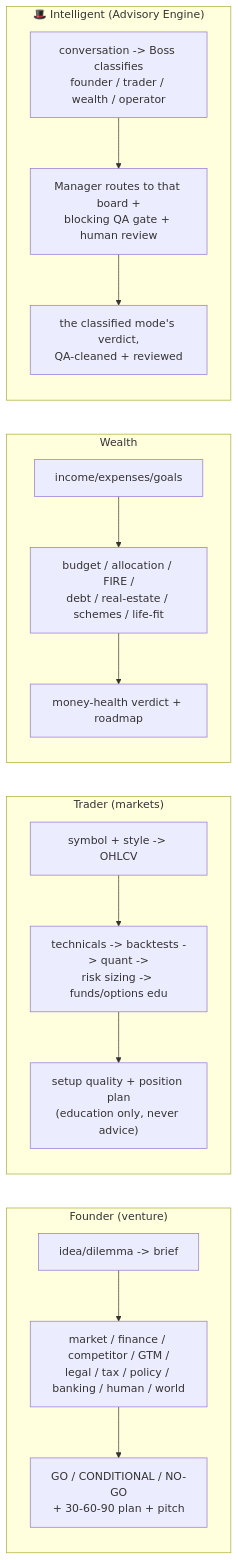
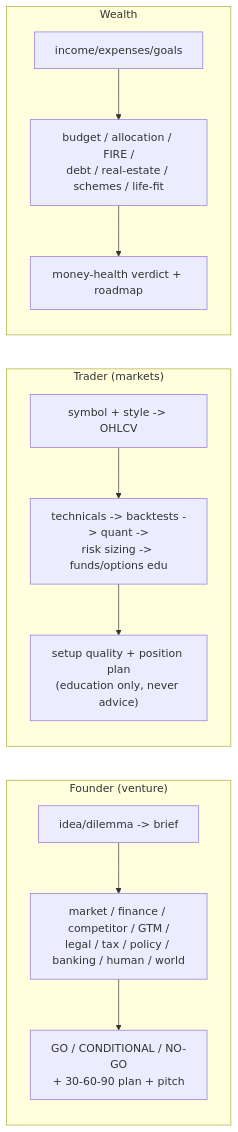
Before and after one commit to Srujan29112001/EIP: the fifth of 8 diagrams in README.md, drawn with Mermaid. The commit also changed other lines of this file and 11 other files, not shown here.

````diff
--- a/README.md
+++ b/README.md
@@ -258,15 +252,12 @@
 ```mermaid
 flowchart LR
     subgraph F["Founder (venture)"]
         f1["idea/dilemma -> brief"] --> f2["market / finance / competitor / GTM /<br/>legal / tax / policy / banking / human / world"] --> f3["GO / CONDITIONAL / NO-GO<br/>+ 30-60-90 plan + pitch"]
     end
     subgraph T["Trader (markets)"]
         t1["symbol + style -> OHLCV"] --> t2["technicals -> backtests -> quant -><br/>risk sizing -> funds/options edu"] --> t3["setup quality + position plan<br/>(education only, never advice)"]
     end
     subgraph W["Wealth"]
         w1["income/expenses/goals"] --> w2["budget / allocation / FIRE /<br/>debt / real-estate / schemes / life-fit"] --> w3["money-health verdict + roadmap"]
     end
-    subgraph I["🎩 Intelligent (Advisory Engine)"]
-        i1["conversation -> Boss classifies<br/>founder / trader / wealth / operator"] --> i2["Manager routes to that board +<br/>blocking QA gate + human review"] --> i3["the classified mode's verdict,<br/>QA-cleaned + reviewed"]
-    end
 ```
````
